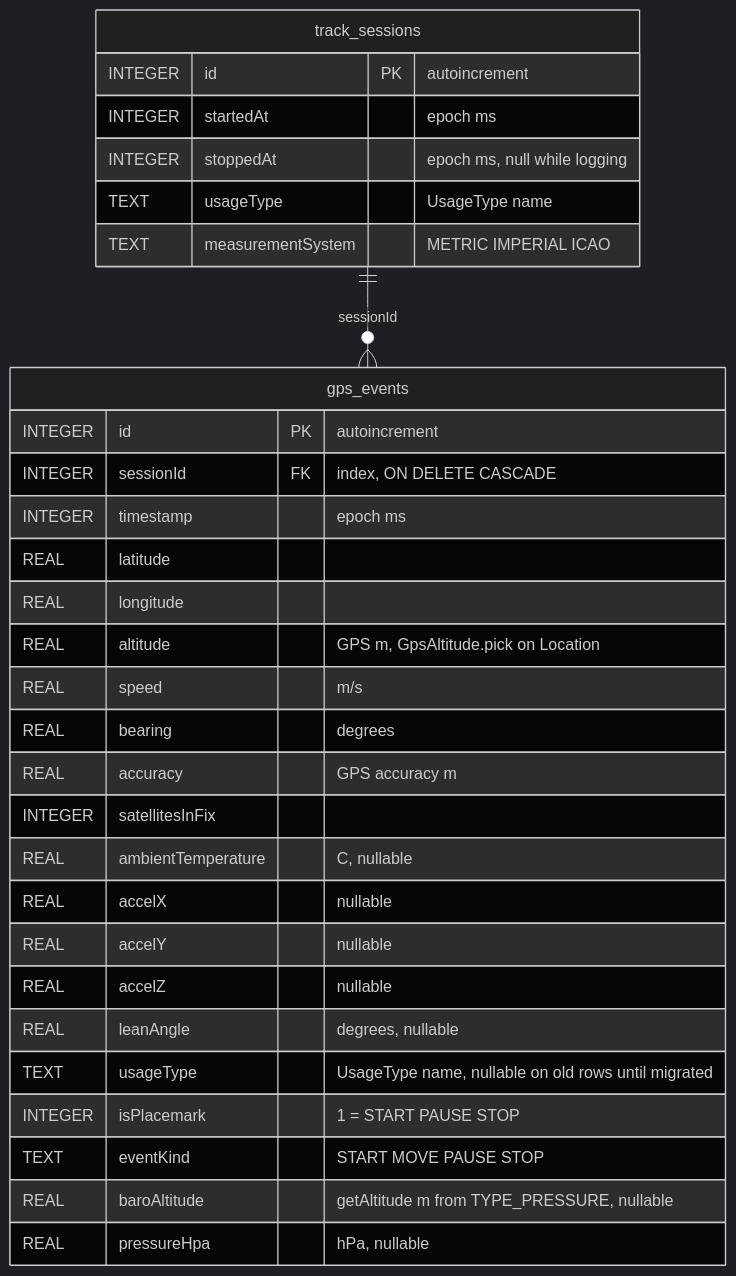
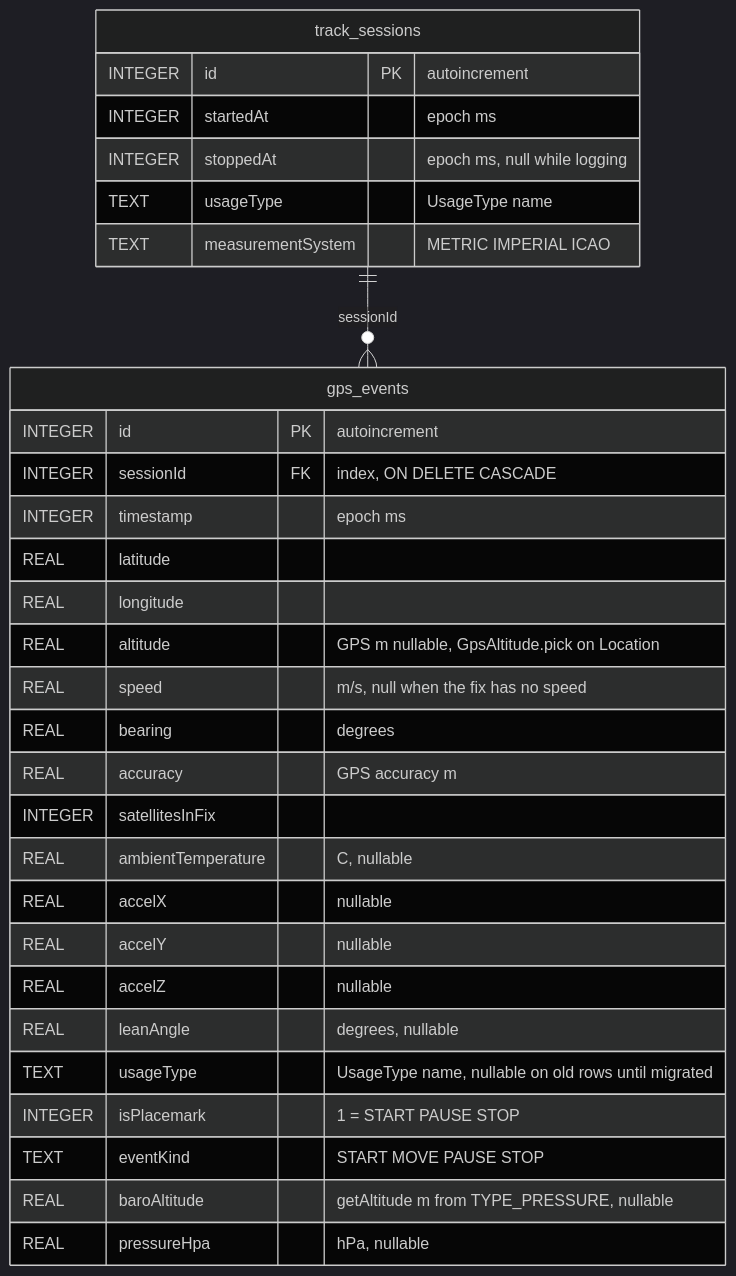
The diagram in docs/DBSTRUCT-en.md (lkovari/gtl), drawn with Mermaid (dark theme) before and after one commit. The commit also changed other lines of this file and 48 other files, not shown here.

````diff
--- a/docs/DBSTRUCT-en.md
+++ b/docs/DBSTRUCT-en.md
@@ -8,35 +8,35 @@
 ```mermaid
 erDiagram
     track_sessions ||--o{ gps_events : "sessionId"
 
     track_sessions {
         INTEGER id PK "autoincrement"
         INTEGER startedAt "epoch ms"
         INTEGER stoppedAt "epoch ms, null while logging"
         TEXT usageType "UsageType name"
         TEXT measurementSystem "METRIC IMPERIAL ICAO"
     }
 
     gps_events {
         INTEGER id PK "autoincrement"
         INTEGER sessionId FK "index, ON DELETE CASCADE"
         INTEGER timestamp "epoch ms"
         REAL latitude
         REAL longitude
-        REAL altitude "GPS m, GpsAltitude.pick on Location"
-        REAL speed "m/s"
+        REAL altitude "GPS m nullable, GpsAltitude.pick on Location"
+        REAL speed "m/s, null when the fix has no speed"
         REAL bearing "degrees"
         REAL accuracy "GPS accuracy m"
         INTEGER satellitesInFix
         REAL ambientTemperature "C, nullable"
         REAL accelX "nullable"
         REAL accelY "nullable"
         REAL accelZ "nullable"
         REAL leanAngle "degrees, nullable"
         TEXT usageType "UsageType name, nullable on old rows until migrated"
         INTEGER isPlacemark "1 = START PAUSE STOP"
         TEXT eventKind "START MOVE PAUSE STOP"
         REAL baroAltitude "getAltitude m from TYPE_PRESSURE, nullable"
         REAL pressureHpa "hPa, nullable"
     }
 ```
````
